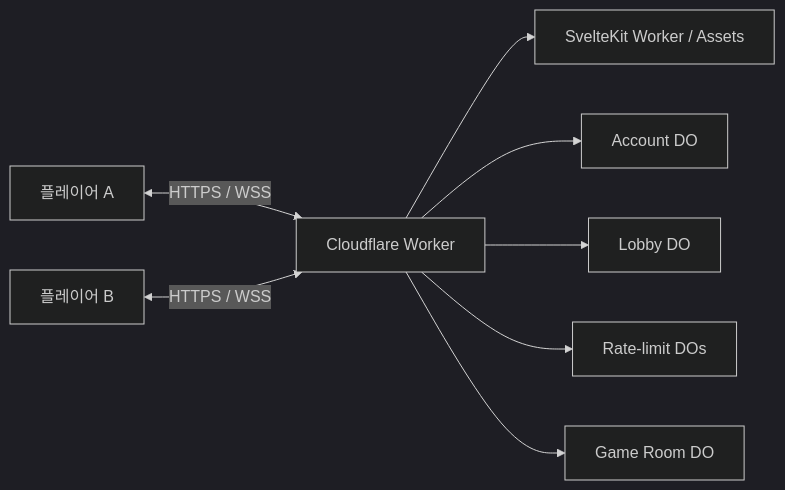
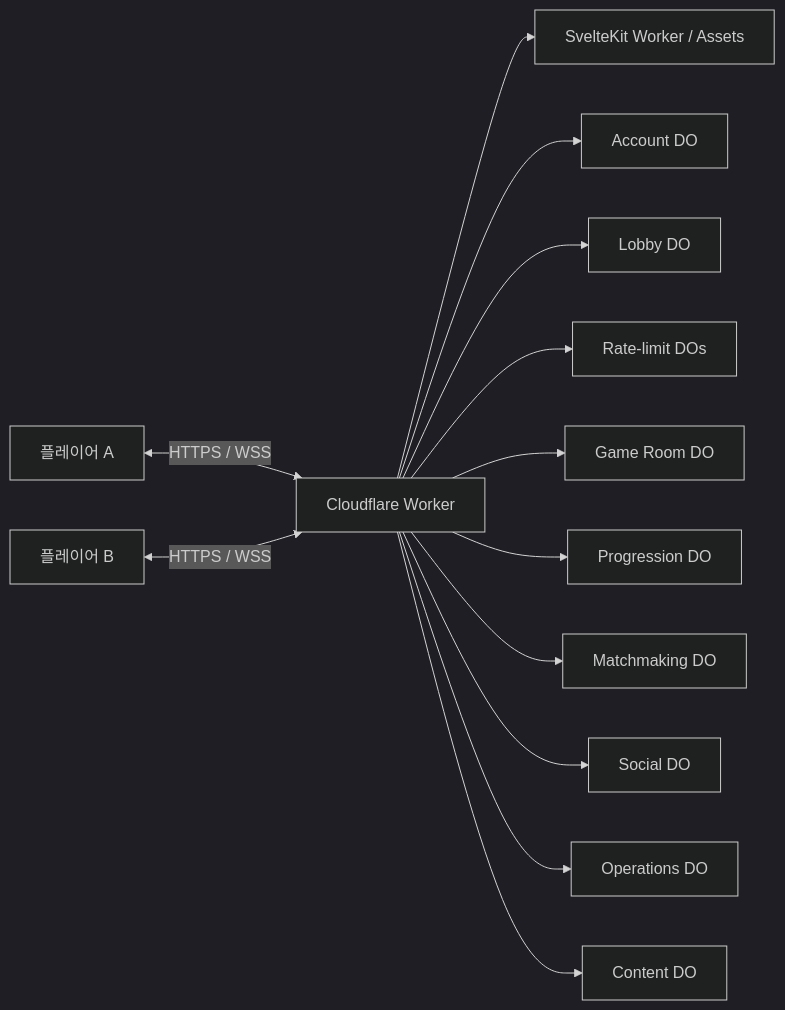
Before and after one commit to 667700996-Games/Mk.02-NavalBattleBoardGame: the second of 2 diagrams in README.md, drawn with Mermaid (dark theme). The commit also changed other lines of this file and 27 other files, not shown here.

````diff
--- a/README.md
+++ b/README.md
@@ -70,10 +71,15 @@
 ```mermaid
 flowchart LR
   A[플레이어 A] <-->|HTTPS / WSS| W[Cloudflare Worker]
   B[플레이어 B] <-->|HTTPS / WSS| W
   W --> S[SvelteKit Worker / Assets]
   W --> AC[Account DO]
   W --> L[Lobby DO]
   W --> RL[Rate-limit DOs]
   W --> R[Game Room DO]
+  W --> P[Progression DO]
+  W --> M[Matchmaking DO]
+  W --> SO[Social DO]
+  W --> O[Operations DO]
+  W --> C[Content DO]
 ```
````
